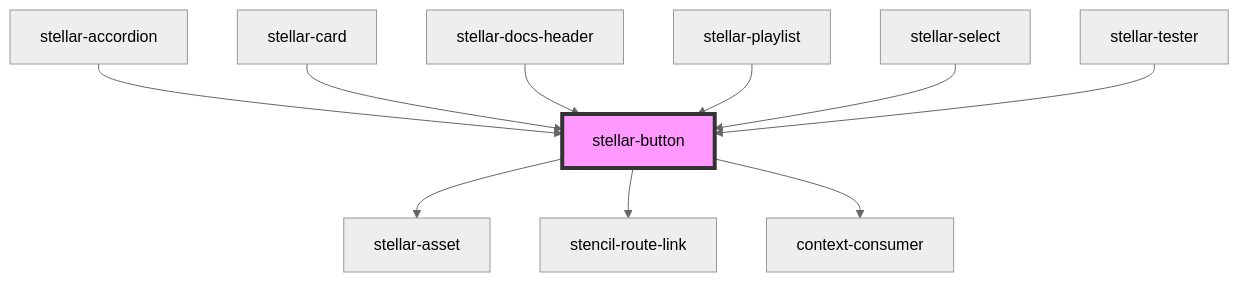
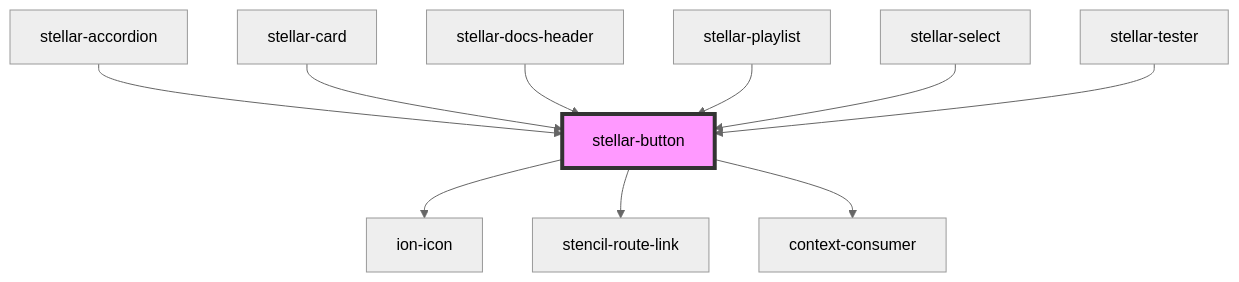
The diagram in src/components/forms/button/readme.md (splitinfinities/Stellar), drawn with Mermaid (neutral theme) before and after one commit. The commit also changed other lines of this file and 108 other files, not shown here.

Commit message:
Remove stellar-asset.

````diff
--- a/src/components/forms/button/readme.md
+++ b/src/components/forms/button/readme.md
@@ -82,13 +82,13 @@
 ```mermaid
 graph TD;
-  stellar-button --> stellar-asset
+  stellar-button --> ion-icon
   stellar-button --> stencil-route-link
   stellar-button --> context-consumer
   stellar-accordion --> stellar-button
   stellar-card --> stellar-button
   stellar-docs-header --> stellar-button
   stellar-playlist --> stellar-button
   stellar-select --> stellar-button
   stellar-tester --> stellar-button
   style stellar-button fill:#f9f,stroke:#333,stroke-width:4px
 ```
````
